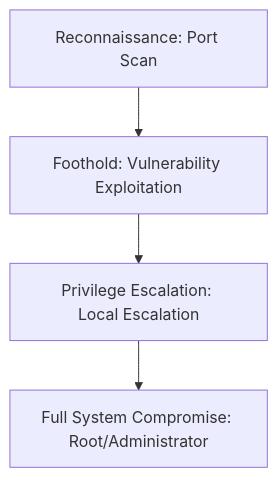
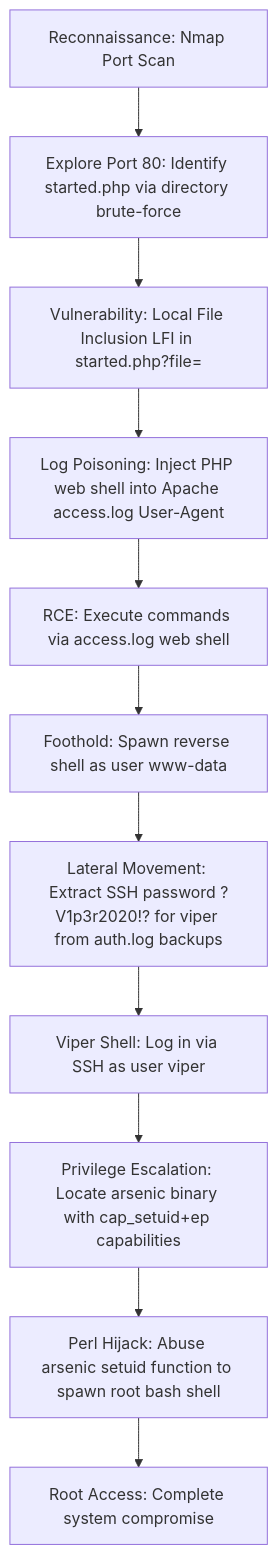
One commit to vulnquest58/vulnquest.github.io changed the diagram in ctf/writeups/hackmyvm/blackwidow.md. Above: the diagram before and after it, drawn with Mermaid. The commit also changed other lines of this file and 2 other files, not shown here.

Commit message:
Docs: Complete HackMyVM writeups for Azer, BaseME, and BlackWidow machines

````diff
--- a/ctf/writeups/hackmyvm/blackwidow.md
+++ b/ctf/writeups/hackmyvm/blackwidow.md
@@ -49,6 +50,13 @@
 ```mermaid
 graph TD
-    A["Reconnaissance: Port Scan"] --> B["Foothold: Vulnerability Exploitation"]
-    B --> C["Privilege Escalation: Local Escalation"]
-    C --> D["Full System Compromise: Root/Administrator"]
+    A["Reconnaissance: Nmap Port Scan"] --> B["Explore Port 80: Identify started.php via directory brute-force"]
+    B --> C["Vulnerability: Local File Inclusion LFI in started.php?file="]
+    C --> D["Log Poisoning: Inject PHP web shell into Apache access.log User-Agent"]
+    D --> E["RCE: Execute commands via access.log web shell"]
+    E --> F["Foothold: Spawn reverse shell as user www-data"]
+    F --> G["Lateral Movement: Extract SSH password ?V1p3r2020!? for viper from auth.log backups"]
+    G --> H["Viper Shell: Log in via SSH as user viper"]
+    H --> I["Privilege Escalation: Locate arsenic binary with cap_setuid+ep capabilities"]
+    I --> J["Perl Hijack: Abuse arsenic setuid function to spawn root bash shell"]
+    J --> K["Root Access: Complete system compromise"]
 ```
````
